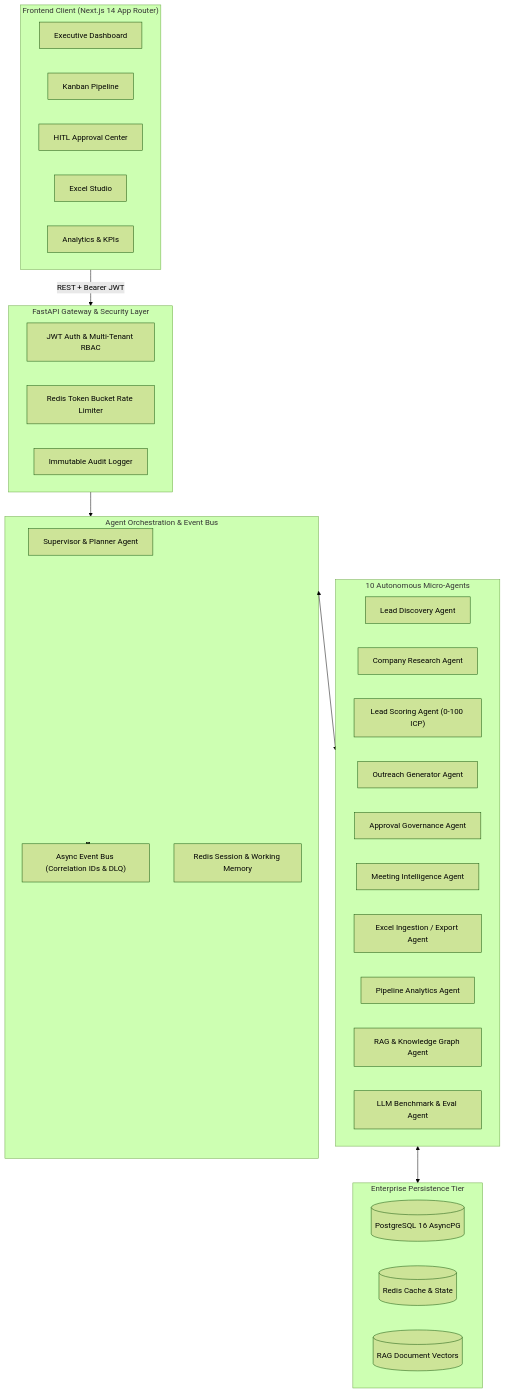
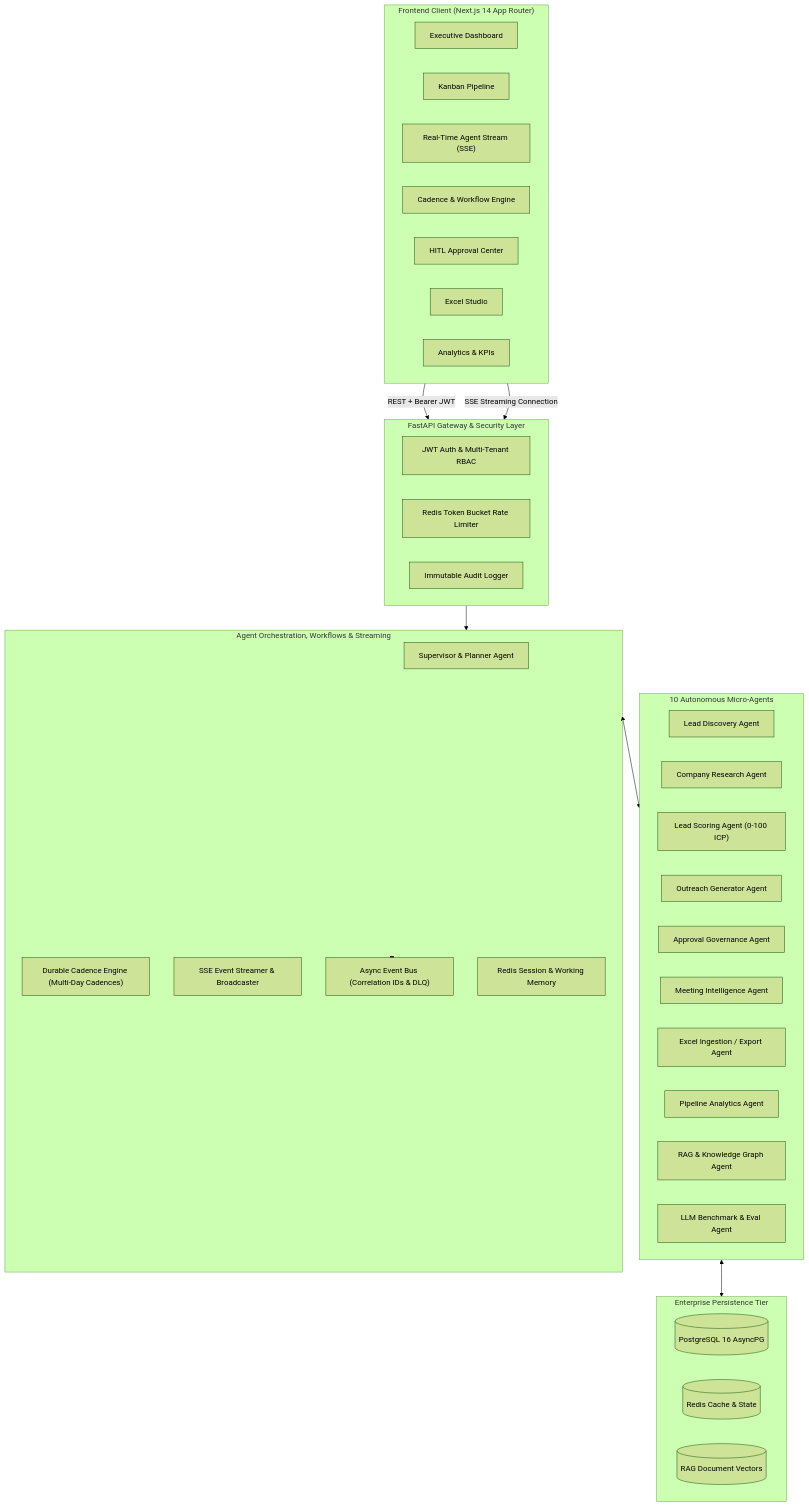
One commit to Rajkumar7633/agentic-b2b-sales-orchestrator changed the first of 2 diagrams in README.md. Above: the diagram before and after it, drawn with Mermaid (forest theme). The commit also changed other lines of this file and 13 other files, not shown here.

Commit message:
feat: implement Phase 1 Real-Time SSE Agent Streaming and Phase 3 Durable Multi-Touch Cadence Engine with 147 passing tests

````diff
--- a/README.md
+++ b/README.md
@@ -56,47 +60,52 @@
 ```mermaid
 flowchart TD
     subgraph UI ["Frontend Client (Next.js 14 App Router)"]
         Dashboard["Executive Dashboard"]
         Pipeline["Kanban Pipeline"]
+        StreamUI["Real-Time Agent Stream (SSE)"]
+        WorkflowsUI["Cadence & Workflow Engine"]
         ApprovalsUI["HITL Approval Center"]
         ExcelUI["Excel Studio"]
         AnalyticsUI["Analytics & KPIs"]
     end
 
     subgraph Gateway ["FastAPI Gateway & Security Layer"]
         AuthMiddleware["JWT Auth & Multi-Tenant RBAC"]
         RateLimiter["Redis Token Bucket Rate Limiter"]
         AuditLogger["Immutable Audit Logger"]
     end
 
-    subgraph Core ["Agent Orchestration & Event Bus"]
+    subgraph Core ["Agent Orchestration, Workflows & Streaming"]
         Supervisor["Supervisor & Planner Agent"]
+        CadenceEngine["Durable Cadence Engine (Multi-Day Cadences)"]
+        SSEBroadcaster["SSE Event Streamer & Broadcaster"]
         EventBus["Async Event Bus (Correlation IDs & DLQ)"]
         WorkingMem["Redis Session & Working Memory"]
     end
 
     subgraph Agents ["10 Autonomous Micro-Agents"]
         Discovery["Lead Discovery Agent"]
         Research["Company Research Agent"]
         Scoring["Lead Scoring Agent (0-100 ICP)"]
         Outreach["Outreach Generator Agent"]
         HITL["Approval Governance Agent"]
         Meeting["Meeting Intelligence Agent"]
         ExcelAgent["Excel Ingestion / Export Agent"]
         Analytics["Pipeline Analytics Agent"]
         Knowledge["RAG & Knowledge Graph Agent"]
         Evaluator["LLM Benchmark & Eval Agent"]
     end
 
     subgraph Storage ["Enterprise Persistence Tier"]
         PG[(PostgreSQL 16 AsyncPG)]
         RedisCache[(Redis Cache & State)]
         Docs[(RAG Document Vectors)]
     end
 
     UI -->|REST + Bearer JWT| Gateway
+    UI -->|SSE Streaming Connection| Gateway
     Gateway --> Core
     Core <--> Agents
     Agents <--> Storage
     Core <--> EventBus
 ```
````
